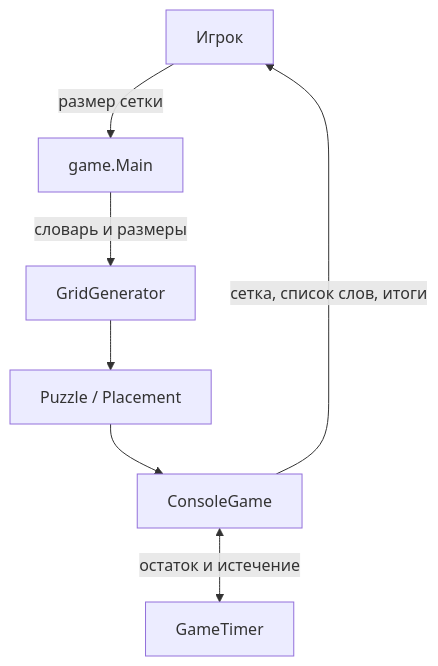
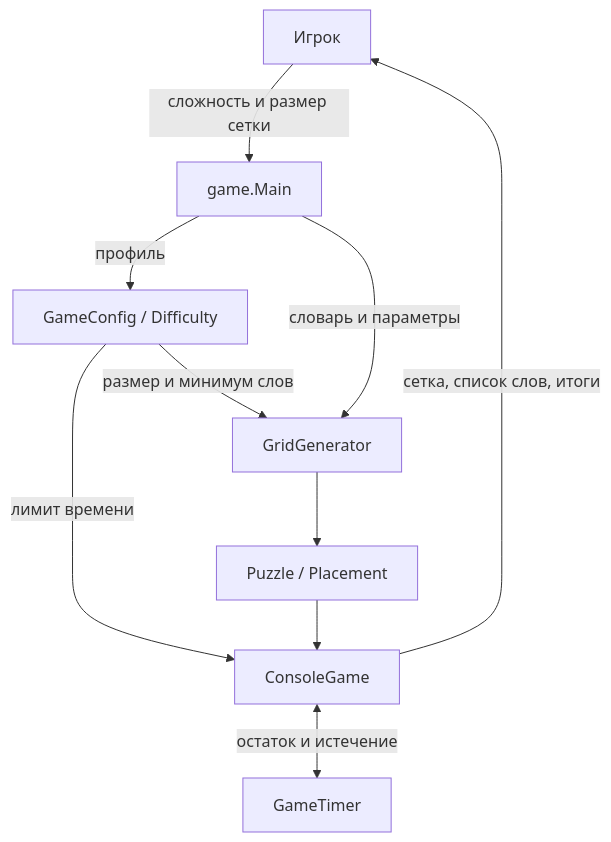
Before and after one commit to zaeso/zaeso-Words: the first of 4 diagrams in zaeso-Words-Roadmap.md, drawn with Mermaid. The commit also changed other lines of this file and 10 other files, not shown here.

````diff
--- a/zaeso-Words-Roadmap.md
+++ b/zaeso-Words-Roadmap.md
@@ -95,9 +102,12 @@
 ```mermaid
 flowchart TB
-    U["Игрок"] -->|"размер сетки"| M["game.Main"]
-    M -->|"словарь и размеры"| G["GridGenerator"]
+    U["Игрок"] -->|"сложность и размер сетки"| M["game.Main"]
+    M -->|"профиль"| CFG["GameConfig / Difficulty"]
+    CFG -->|"размер и минимум слов"| G["GridGenerator"]
+    CFG -->|"лимит времени"| C["ConsoleGame"]
+    M -->|"словарь и параметры"| G
     G --> P["Puzzle / Placement"]
-    P --> C["ConsoleGame"]
+    P --> C
     C <-->|"остаток и истечение"| T["GameTimer"]
     C -->|"сетка, список слов, итоги"| U
 ```
````
